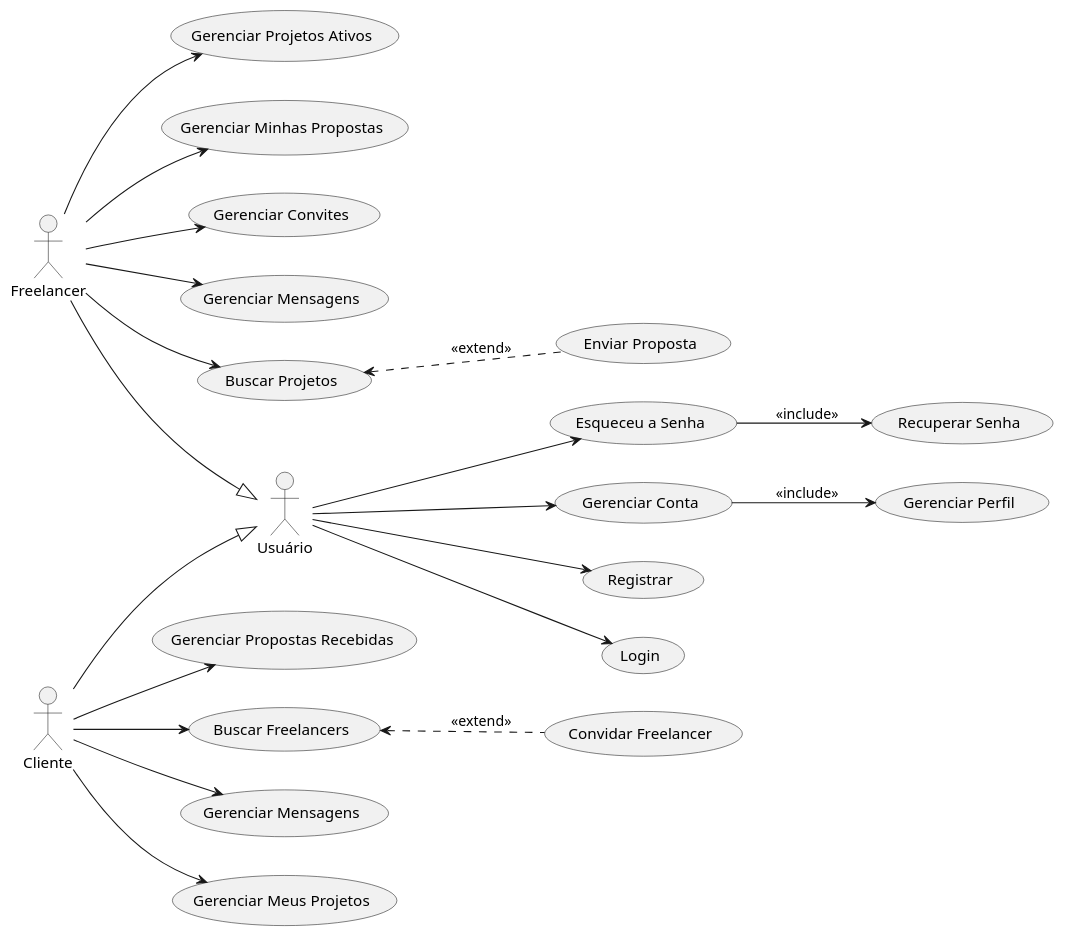
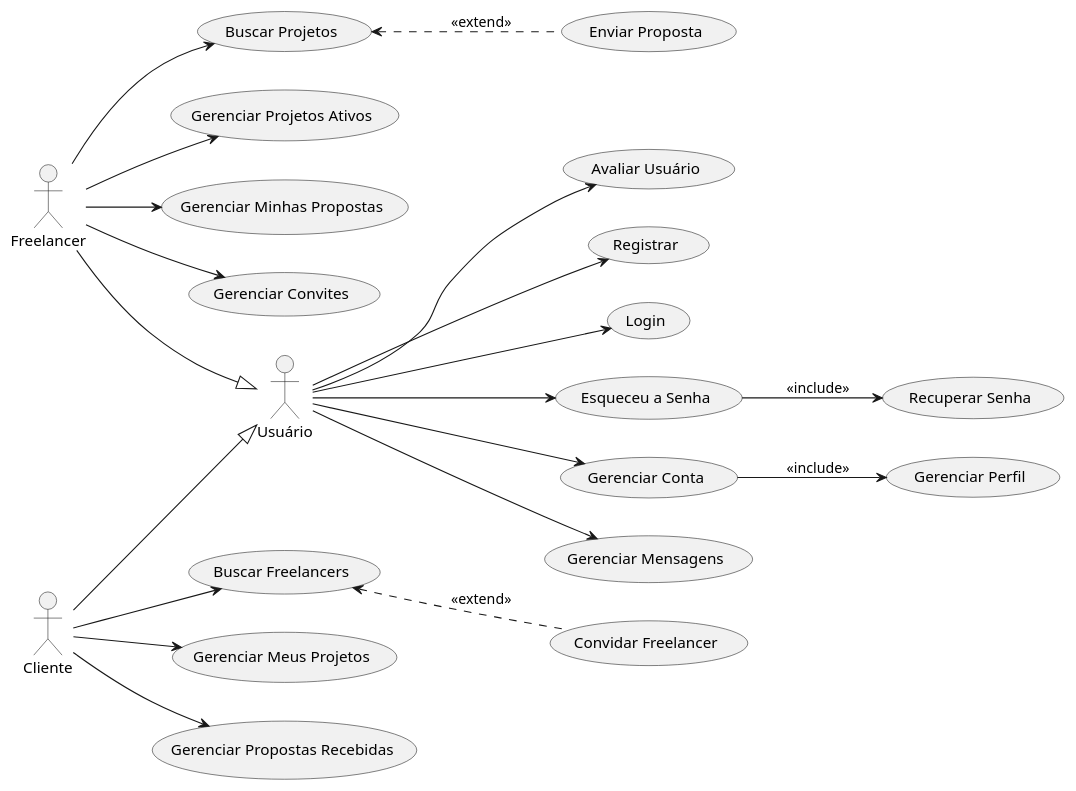
The diagram in docs/useCaseDiagram.puml (lucasneiva/armoredcode), drawn with PlantUML before and after one commit.

Commit message:
minor fix

```diff
--- a/docs/useCaseDiagram.puml
+++ b/docs/useCaseDiagram.puml
@@ -1,54 +1,55 @@
 @startuml usecase diagram
 left to right direction
 
 actor Usuário as User
 actor Freelancer
 actor Cliente
 
 usecase "Registrar" as UC_Registrar
 usecase "Login" as UC_Login
 usecase "Esqueceu a Senha" as UC_EsqueceuSenha
 usecase "Recuperar Senha" as UC_RecuperarSenha
 usecase "Gerenciar Conta" as UC_GerenciarConta
+usecase "Gerenciar Mensagens" as UC_GerenciarMensagens
+usecase "Avaliar Usuário" as UC_AvaliarUsuario
 
 usecase "Gerenciar Perfil" as UC_GerenciarPerfil
 
 usecase "Enviar Proposta" as UC_EnviarProposta
 usecase "Buscar Projetos" as UC_BuscarProjetos
 usecase "Gerenciar Projetos Ativos" as UC_GPA
 usecase "Gerenciar Minhas Propostas" as UC_GMPropostas
 usecase "Gerenciar Convites" as UC_GerenciarConvites
-usecase "Gerenciar Mensagens" as UC_GerenciarMensagens1
+
 
 usecase "Gerenciar Meus Projetos" as UC_GMProjetos
 usecase "Gerenciar Propostas Recebidas" as UC_GPR
 usecase "Convidar Freelancer" as UC_ConvidarFreelancer
 usecase "Buscar Freelancers" as UC_BuscarFreelancers
-usecase "Gerenciar Mensagens" as UC_GerenciarMensagens2
 
 User --> UC_GerenciarConta
 User --> UC_Login
 User --> UC_EsqueceuSenha
 User --> UC_Registrar
+User --> UC_GerenciarMensagens
+User --> UC_AvaliarUsuario
 
 Cliente --|> User
 Freelancer --|> User
 
 UC_EsqueceuSenha --> UC_RecuperarSenha : <<include>>
 UC_GerenciarConta --> UC_GerenciarPerfil : <<include>>
 
 UC_BuscarFreelancers <.. UC_ConvidarFreelancer : <<extend>>  
 UC_BuscarProjetos <.. UC_EnviarProposta : <<extend>>
 
 Freelancer --> UC_BuscarProjetos
 Freelancer --> UC_GerenciarConvites
-Freelancer --> UC_GerenciarMensagens1
 Freelancer --> UC_GPA
 Freelancer --> UC_GMPropostas
 
 Cliente --> UC_BuscarFreelancers
-Cliente --> UC_GerenciarMensagens2
 Cliente --> UC_GMProjetos
 Cliente --> UC_GPR
 
 @enduml 
```
